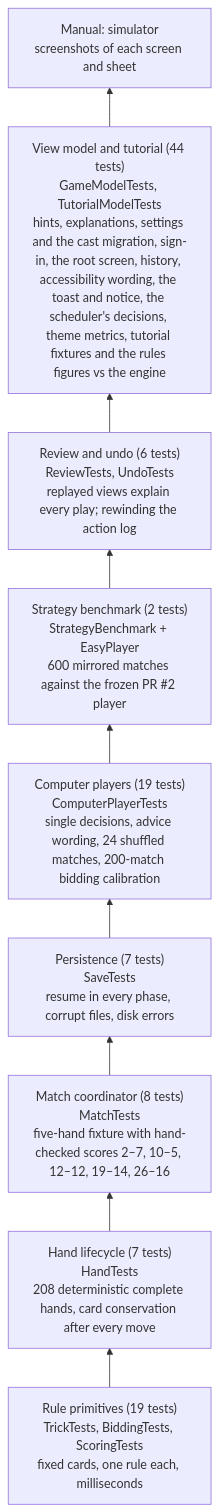
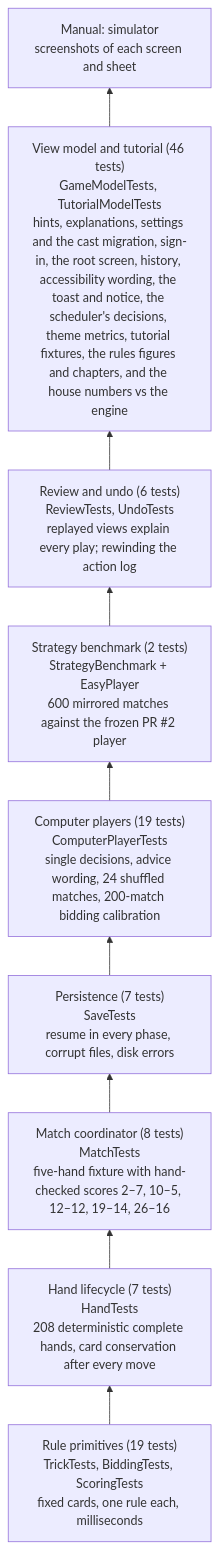
One commit to cmurphy1140/catch-5 changed the first of 2 diagrams in docs/testing.md. Above: the diagram before and after it, drawn with Mermaid. The commit also changed other lines of this file and 10 other files, not shown here.

````diff
--- a/docs/testing.md
+++ b/docs/testing.md
@@ -40,13 +40,13 @@
 ```mermaid
 flowchart BT
     L1["Rule primitives (19 tests)<br/>TrickTests, BiddingTests, ScoringTests<br/>fixed cards, one rule each, milliseconds"]
     L2["Hand lifecycle (7 tests)<br/>HandTests<br/>208 deterministic complete hands, card conservation after every move"]
     L3["Match coordinator (8 tests)<br/>MatchTests<br/>five-hand fixture with hand-checked scores 2–7, 10–5, 12–12, 19–14, 26–16"]
     L4["Persistence (7 tests)<br/>SaveTests<br/>resume in every phase, corrupt files, disk errors"]
     L5["Computer players (19 tests)<br/>ComputerPlayerTests<br/>single decisions, advice wording, 24 shuffled matches, 200-match bidding calibration"]
     L5b["Strategy benchmark (2 tests)<br/>StrategyBenchmark + EasyPlayer<br/>600 mirrored matches against the frozen PR #2 player"]
     L5c["Review and undo (6 tests)<br/>ReviewTests, UndoTests<br/>replayed views explain every play; rewinding the action log"]
-    L6["View model and tutorial (44 tests)<br/>GameModelTests, TutorialModelTests<br/>hints, explanations, settings and the cast migration, sign-in, the root screen, history, accessibility wording, the toast and notice, the scheduler's decisions, theme metrics, tutorial fixtures and the rules figures vs the engine"]
+    L6["View model and tutorial (46 tests)<br/>GameModelTests, TutorialModelTests<br/>hints, explanations, settings and the cast migration, sign-in, the root screen, history, accessibility wording, the toast and notice, the scheduler's decisions, theme metrics, tutorial fixtures, the rules figures and chapters, and the house numbers vs the engine"]
     L7["Manual: simulator<br/>screenshots of each screen and sheet"]
     L1 --> L2 --> L3 --> L4 --> L5 --> L5b --> L5c --> L6 --> L7
 ```
````
